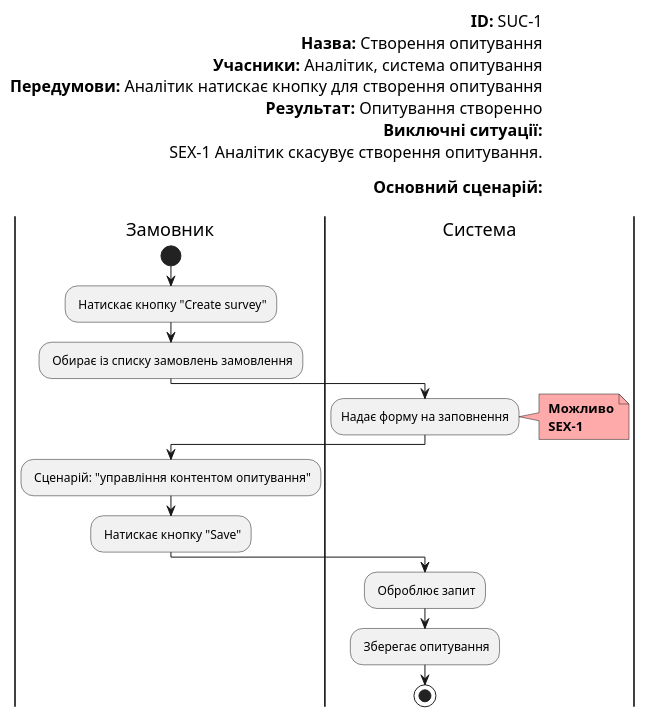
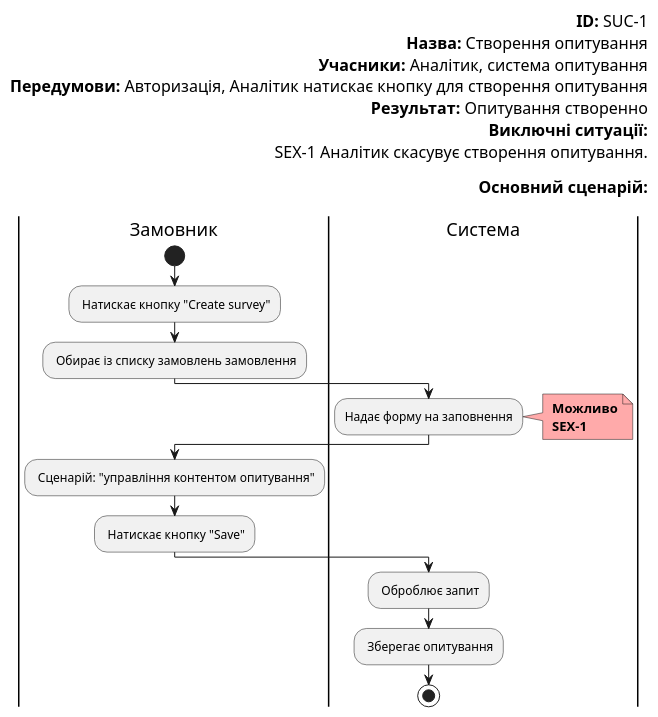
Before and after one commit to JenyaFTW/expert-management-system: the ninth of 14 diagrams in docs/use cases/README.md, drawn with PlantUML. The commit also changed other lines of this file, not shown here.

```diff
--- a/docs/use cases/README.md
+++ b/docs/use cases/README.md
@@ -370,36 +370,36 @@
 @startuml
 
     left header
         <font color=000 size=16><b>ID:</b> SUC-1
         <font color=000 size=16><b>Назва:</b> Створення опитування
         <font color=000 size=16><b>Учасники:</b> Аналітик, система опитування
-        <font color=000 size=16><b>Передумови:</b> Аналітик натискає кнопку для створення опитування
+        <font color=000 size=16><b>Передумови:</b> Авторизація, Аналітик натискає кнопку для створення опитування
         <font color=000 size=16><b>Результат:</b> Опитування створенно
         <font color=000 size=16><b>Виключні ситуації:</b>
         <font color=000 size=16> SEX-1 Аналітик скасувує створення опитування.
         
         <font color=000 size=16><b>Основний сценарій:</b>
         
     end header
 
     |Замовник|
         start
         : Натискає кнопку "Create survey";
         : Обирає із списку замовлень замовлення;
     |Система|
         :Надає форму на заповнення;
         note right #ffaaaa
         <b> Можливо
         <b> SEX-1
         end note
         
     |Замовник|
         : Сценарій: "управління контентом опитування";
         : Натискає кнопку "Save";
         
     |Система|
         : Оброблює запит;
         : Зберегає опитування;
         stop;
 
 @enduml    
```
